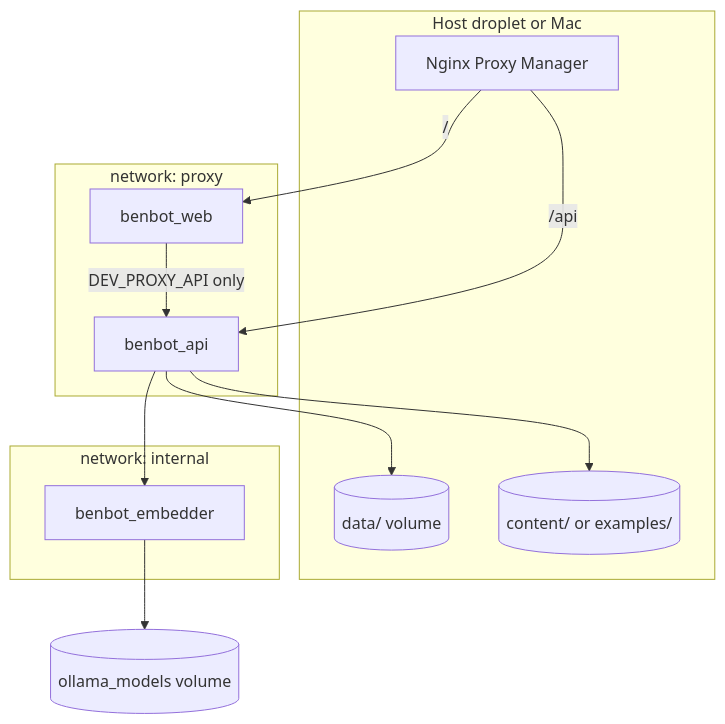
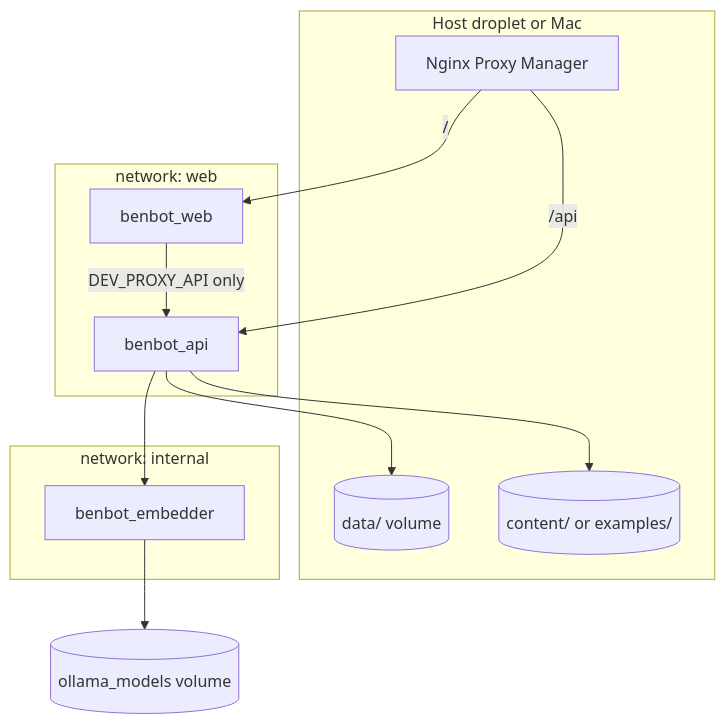
One commit to blobaugh/my-ai-rep changed the diagram in docs/web/containers.md. Above: the diagram before and after it, drawn with Mermaid. The commit also changed other lines of this file and 3 other files, not shown here.

First line of the commit message:
Default PROXY_NETWORK to web, align docs with compose network key

````diff
--- a/docs/web/containers.md
+++ b/docs/web/containers.md
@@ -7,23 +7,23 @@
 ```mermaid
 flowchart TB
   subgraph host [Host droplet or Mac]
     NPM[Nginx Proxy Manager]
     data[(data/ volume)]
     content[(content/ or examples/)]
   end
-  subgraph proxy_net [network: proxy]
-    web[benbot_web]
+  subgraph proxy_net [network: web]
+    web_svc[benbot_web]
     api[benbot_api]
   end
   subgraph internal_net [network: internal]
     api
     emb[benbot_embedder]
   end
-  NPM -->|"/"| web
+  NPM -->|"/"| web_svc
   NPM -->|"/api"| api
-  web -->|DEV_PROXY_API only| api
+  web_svc -->|DEV_PROXY_API only| api
   api --> emb
   api --> data
   api --> content
   emb --> models[(ollama_models volume)]
 ```
````
